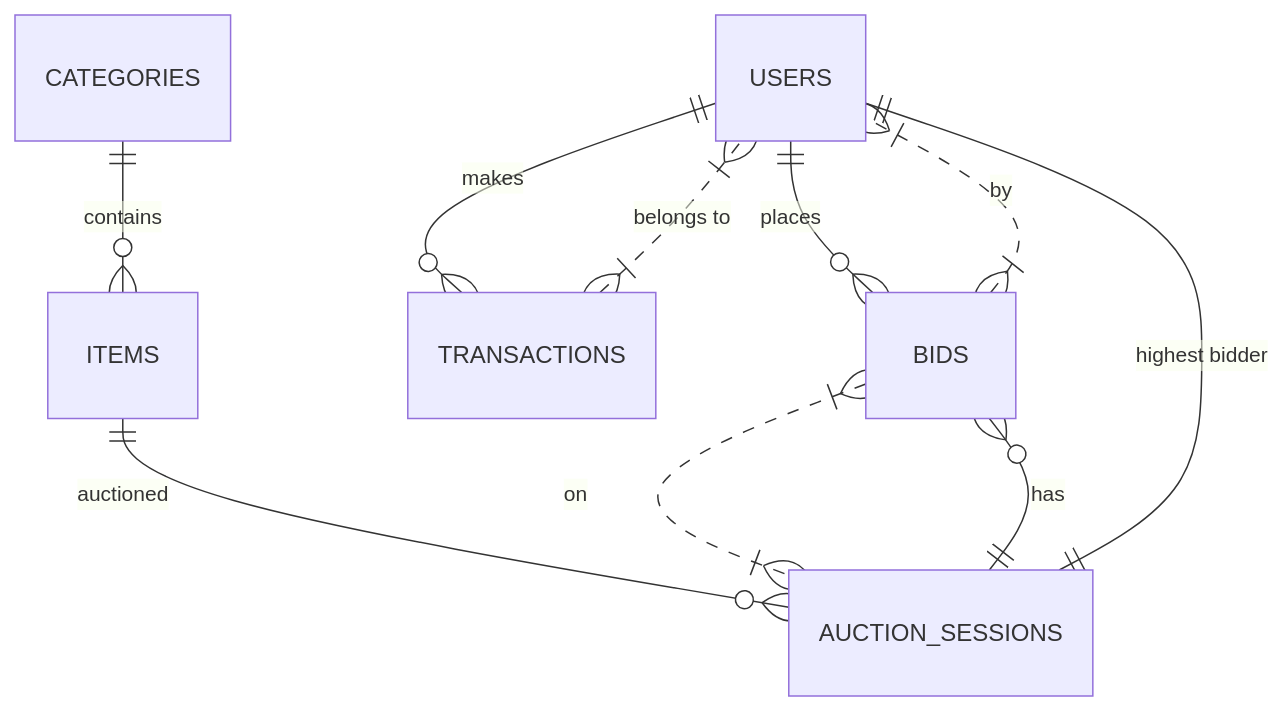
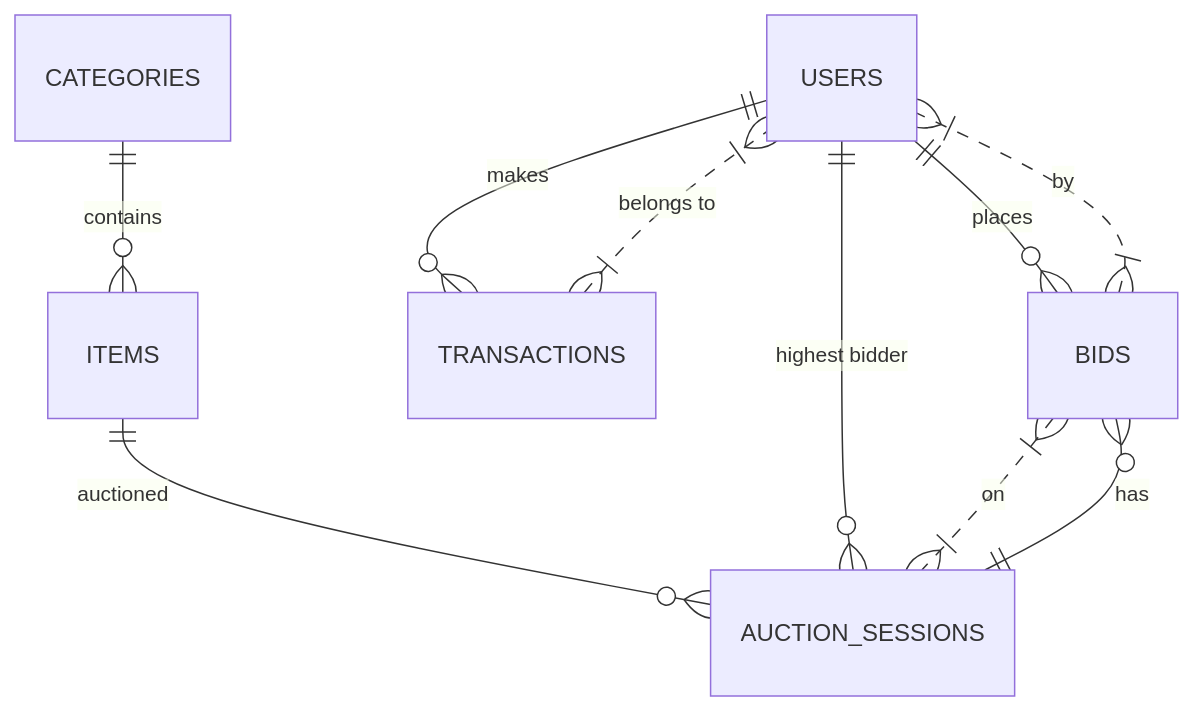
Before and after one commit to qn0971191864-lab/Nhom_Quan_Vinh_Vinh: the diagram in asset/DATABASE_SCHEMA.md, drawn with Mermaid. The commit also changed other lines of this file and 121 other files, not shown here.

````diff
--- a/asset/DATABASE_SCHEMA.md
+++ b/asset/DATABASE_SCHEMA.md
@@ -125,12 +130,12 @@
 ```mermaid
 erDiagram
     USERS ||--o{ BIDS : "places"
     USERS ||--o{ TRANSACTIONS : "makes"
     CATEGORIES ||--o{ ITEMS : "contains"
     ITEMS ||--o{ AUCTION_SESSIONS : "auctioned"
     AUCTION_SESSIONS ||--o{ BIDS : "has"
-    AUCTION_SESSIONS ||--|| USERS : "highest bidder"
+    USERS ||--o{ AUCTION_SESSIONS : "highest bidder"
     BIDS }|..|{ USERS : "by"
     BIDS }|..|{ AUCTION_SESSIONS : "on"
     TRANSACTIONS }|..|{ USERS : "belongs to"
 ```
````
